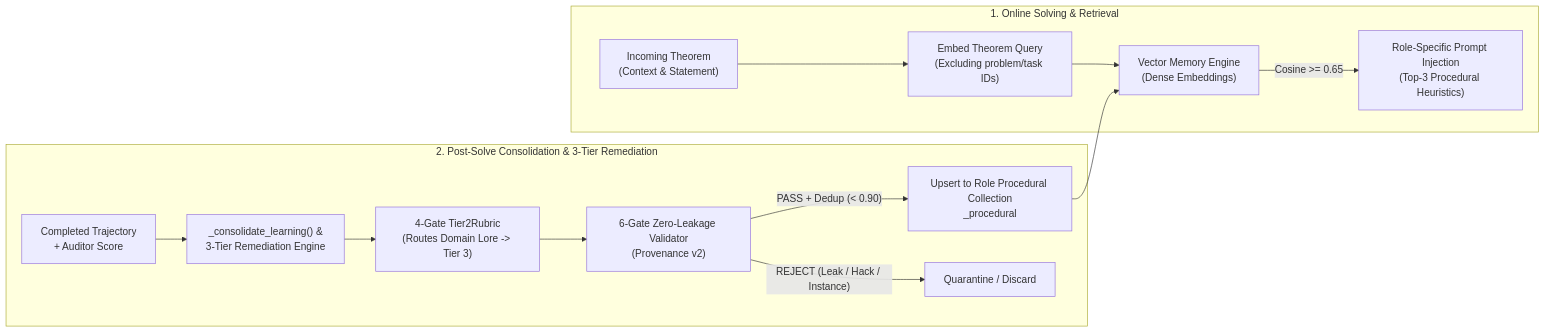
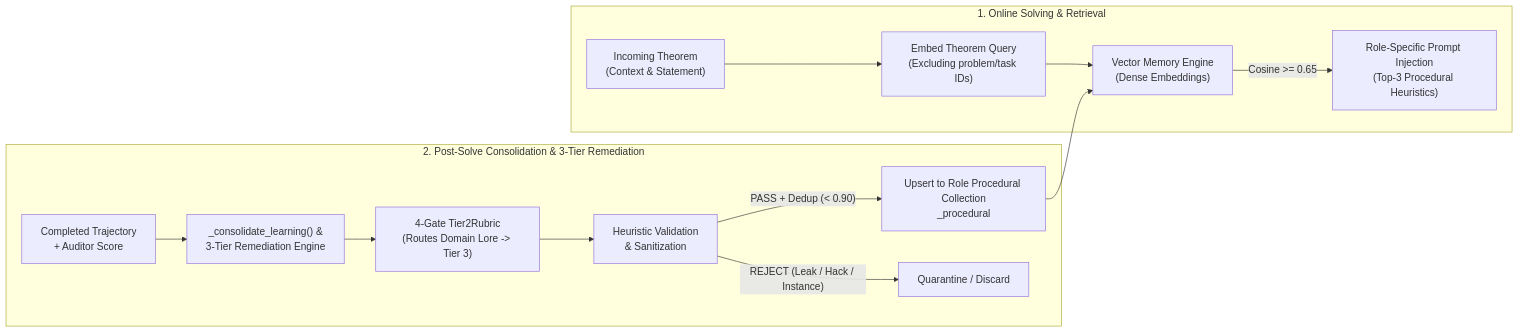
Before and after one commit to dionyziuz/proof_harness: the first of 2 diagrams in docs/articles/arxiv-prime-math-neuro-symbolic-prover-harness.md, drawn with Mermaid. The commit also changed other lines of this file and 2 other files, not shown here.

Commit message:
docs: remove anti-cheating shield terminology in favor of heuristic validation and sanitization

````diff
--- a/docs/articles/arxiv-prime-math-neuro-symbolic-prover-harness.md
+++ b/docs/articles/arxiv-prime-math-neuro-symbolic-prover-harness.md
@@ -168,17 +168,17 @@
 ```mermaid
 flowchart LR
     subgraph SolveLoop["1. Online Solving & Retrieval"]
         TaskIn["Incoming Theorem\n(Context & Statement)"] --> EmbedQ["Embed Theorem Query\n(Excluding problem/task IDs)"]
         EmbedQ --> TV["Vector Memory Engine\n(Dense Embeddings)"]
         TV -->|"Cosine >= 0.65"| Inject["Role-Specific Prompt Injection\n(Top-3 Procedural Heuristics)"]
     end
 
     subgraph LearningLoop["2. Post-Solve Consolidation & 3-Tier Remediation"]
         Trace["Completed Trajectory\n+ Auditor Score"] --> Consolidate["_consolidate_learning() &\n3-Tier Remediation Engine"]
         Consolidate --> Rubric["4-Gate Tier2Rubric\n(Routes Domain Lore -> Tier 3)"]
-        Rubric --> Gate6["6-Gate Zero-Leakage Validator\n(Provenance v2)"]
+        Rubric --> Gate6["Heuristic Validation\n& Sanitization"]
         Gate6 -->|"PASS + Dedup (< 0.90)"| Upsert["Upsert to Role Procedural Collection\n<agent_id>_procedural"]
         Gate6 -->|"REJECT (Leak / Hack / Instance)"| Drop["Quarantine / Discard"]
         Upsert --> TV
     end
 ```
````
